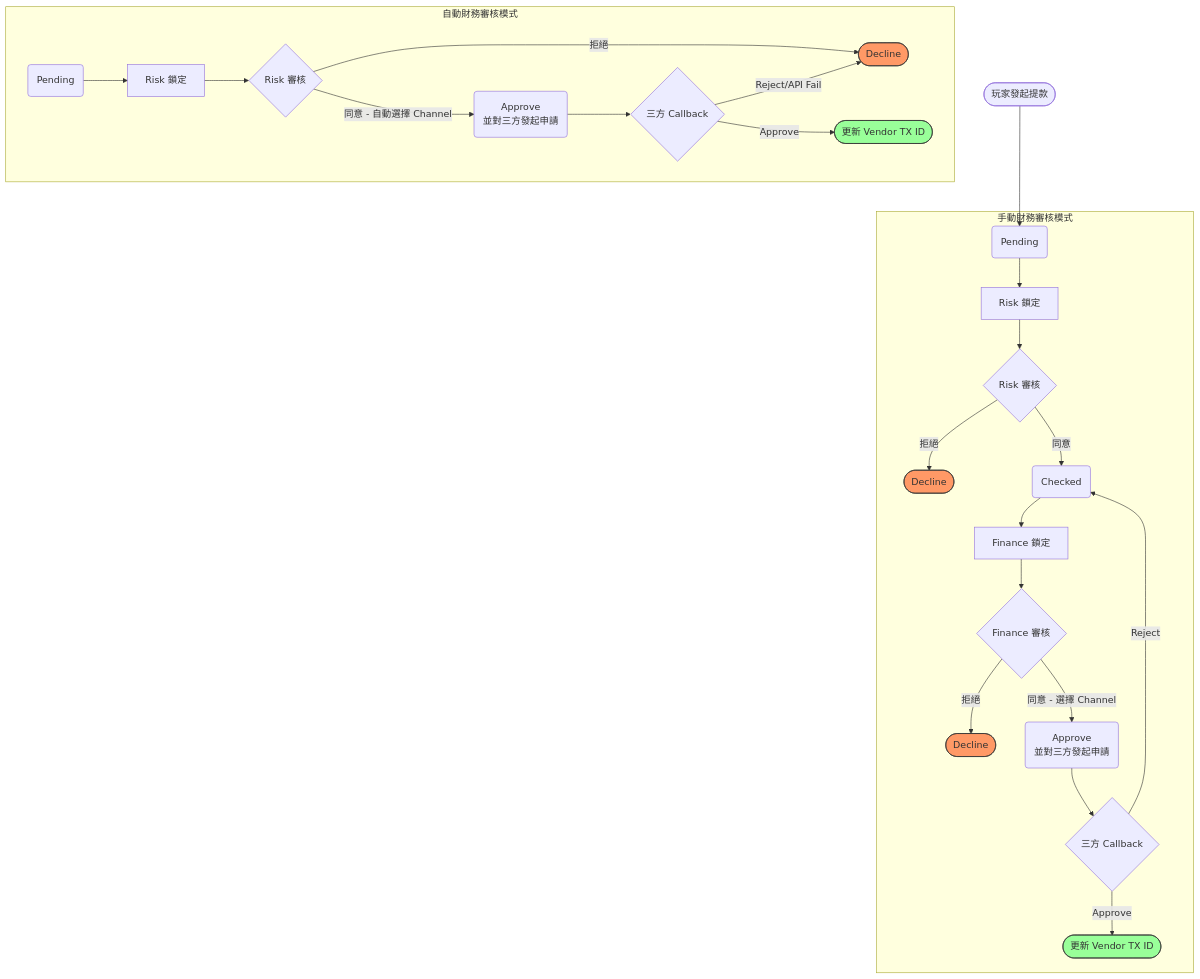
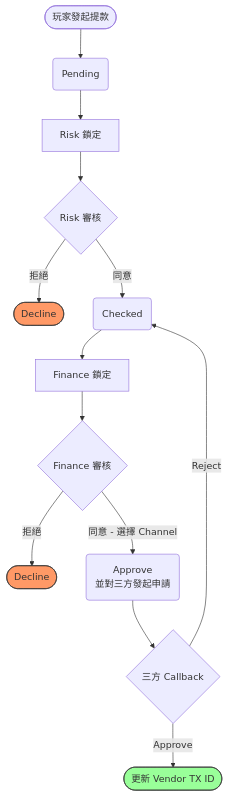
Before and after one commit to almightyken0425/SuSuGiGiSpec: the first of 2 diagrams in no99_archive/sitflowchart.md, drawn with Mermaid. The commit also changed other lines of this file, not shown here.

````diff
--- a/no99_archive/sitflowchart.md
+++ b/no99_archive/sitflowchart.md
@@ -29,39 +29,24 @@
 ```mermaid
 graph TD
     %% 定義節點
     Start([玩家發起提款]) --> Pending(Pending)
     
-    subgraph Mode_Manual [手動財務審核模式]
-        Pending --> Risk_Lock[Risk 鎖定]
-        Risk_Lock --> Risk_Action{Risk 審核}
-        Risk_Action -- 拒絕 --> Decline1([Decline])
-        Risk_Action -- 同意 --> Checked(Checked)
-        
-        Checked --> Finance_Lock[Finance 鎖定]
-        Finance_Lock --> Finance_Action{Finance 審核}
-        Finance_Action -- 拒絕 --> Decline2([Decline])
-        Finance_Action -- 同意 - 選擇 Channel --> ApproveMan(Approve <br/>並對三方發起申請)
-        
-        ApproveMan --> Callback{三方 Callback}
-        Callback -- Approve --> Success([更新 Vendor TX ID])
-        Callback -- Reject --> Checked
-    end
-
-    subgraph Mode_Auto [自動財務審核模式]
-        Pending_Auto(Pending) --> Risk_Lock_Auto[Risk 鎖定]
-        Risk_Lock_Auto --> Risk_Action_Auto{Risk 審核}
-        Risk_Action_Auto -- 拒絕 --> Decline_Auto([Decline])
-        Risk_Action_Auto -- 同意 - 自動選擇 Channel --> ApproveAuto(Approve <br/>並對三方發起申請)
-        
-        ApproveAuto --> Callback_Auto{三方 Callback}
-        Callback_Auto -- Approve --> Success_Auto([更新 Vendor TX ID])
-        Callback_Auto -- Reject/API Fail --> Decline_Auto
-    end
+    Pending --> Risk_Lock[Risk 鎖定]
+    Risk_Lock --> Risk_Action{Risk 審核}
+    Risk_Action -- 拒絕 --> Decline1([Decline])
+    Risk_Action -- 同意 --> Checked(Checked)
+    
+    Checked --> Finance_Lock[Finance 鎖定]
+    Finance_Lock --> Finance_Action{Finance 審核}
+    Finance_Action -- 拒絕 --> Decline2([Decline])
+    Finance_Action -- 同意 - 選擇 Channel --> ApproveMan(Approve <br/>並對三方發起申請)
+    
+    ApproveMan --> Callback{三方 Callback}
+    Callback -- Approve --> Success([更新 Vendor TX ID])
+    Callback -- Reject --> Checked
 
     %% 樣式美化
     style Decline1 fill:#f96,stroke:#333
     style Decline2 fill:#f96,stroke:#333
-    style Decline_Auto fill:#f96,stroke:#333
     style Success fill:#9f9,stroke:#333
-    style Success_Auto fill:#9f9,stroke:#333
 ```
````
